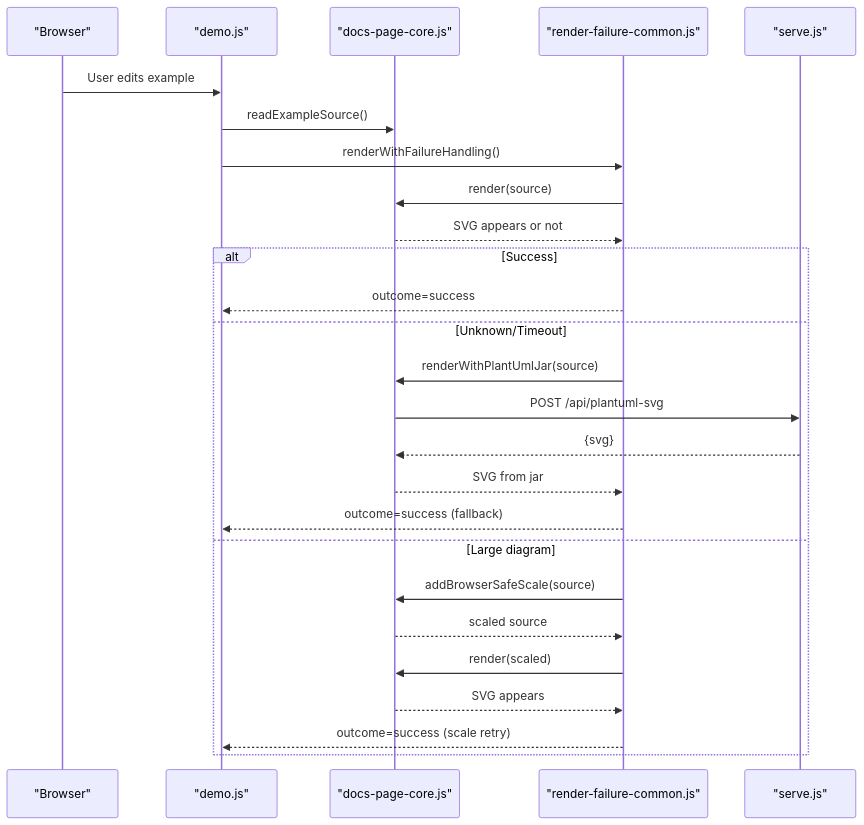
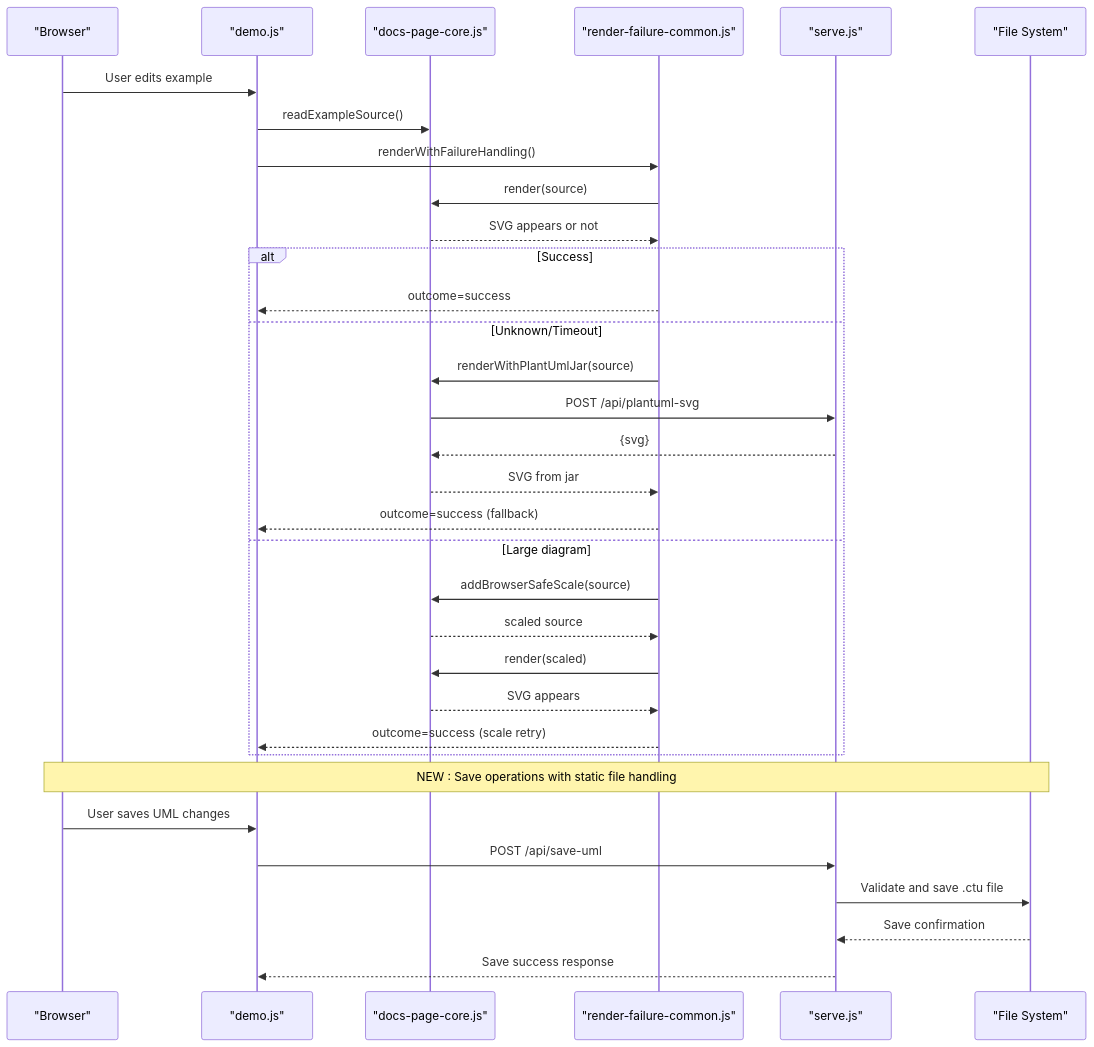
The second of 3 diagrams in .qoder/repowiki/en/content/API Reference/API Reference.md (pingwurth/code-to-uml), drawn with Mermaid before and after one commit. The commit also changed other lines of this file and 21 other files, not shown here.

Commit message:
chore(docs): 删除 Code-To-UML 介绍文档

````diff
--- a/.qoder/repowiki/en/content/API Reference/API Reference.md
+++ b/.qoder/repowiki/en/content/API Reference/API Reference.md
@@ -92,28 +107,35 @@
 ```mermaid
 sequenceDiagram
 participant Browser as "Browser"
 participant Demo as "demo.js"
 participant Core as "docs-page-core.js"
 participant Failure as "render-failure-common.js"
 participant Server as "serve.js"
+participant FS as "File System"
 Browser->>Demo : User edits example
 Demo->>Core : readExampleSource()
 Demo->>Failure : renderWithFailureHandling()
 Failure->>Core : render(source)
 Core-->>Failure : SVG appears or not
 alt Success
 Failure-->>Demo : outcome=success
 else Unknown/Timeout
 Failure->>Core : renderWithPlantUmlJar(source)
 Core->>Server : POST /api/plantuml-svg
 Server-->>Core : {svg}
 Core-->>Failure : SVG from jar
 Failure-->>Demo : outcome=success (fallback)
 else Large diagram
 Failure->>Core : addBrowserSafeScale(source)
 Core-->>Failure : scaled source
 Failure->>Core : render(scaled)
 Core-->>Failure : SVG appears
 Failure-->>Demo : outcome=success (scale retry)
 end
+Note over Browser,FS : NEW : Save operations with static file handling
+Browser->>Demo : User saves UML changes
+Demo->>Server : POST /api/save-uml
+Server->>FS : Validate and save .ctu file
+FS-->>Server : Save confirmation
+Server-->>Demo : Save success response
 ```
````
